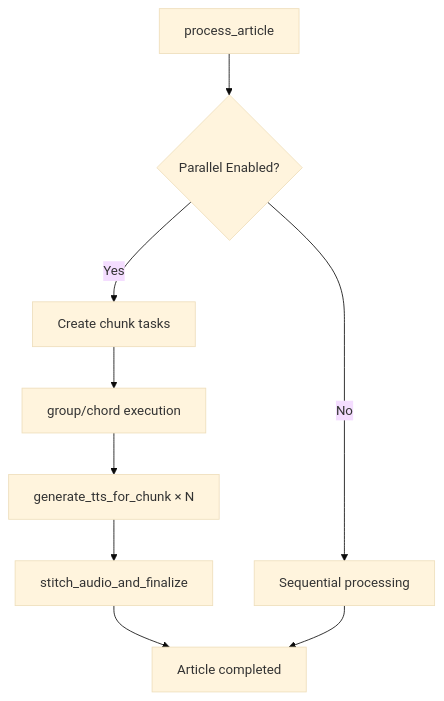
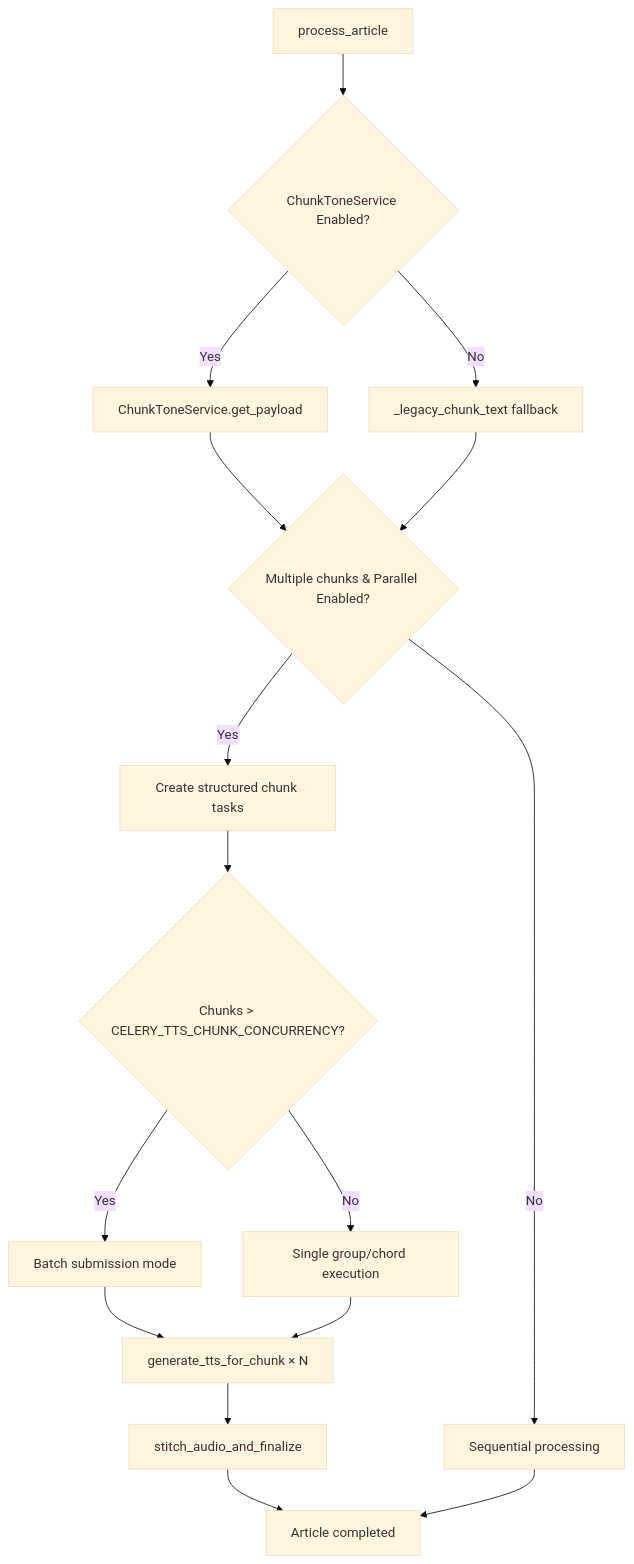
One commit to JM-Addington/RSS-TTS changed the diagram in PARALLEL_TTS_README.md. Above: the diagram before and after it, drawn with Mermaid (base theme). The commit also changed other lines of this file and 10 other files, not shown here.

First line of the commit message:
feat: address parallel TTS code review feedback

````diff
--- a/PARALLEL_TTS_README.md
+++ b/PARALLEL_TTS_README.md
@@ -28,11 +39,18 @@
 ```mermaid
 graph TD
-    A[process_article] --> B{Parallel Enabled?}
-    B -->|Yes| C[Create chunk tasks]
-    B -->|No| D[Sequential processing]
-    C --> E[group/chord execution]
-    E --> F[generate_tts_for_chunk × N]
-    F --> G[stitch_audio_and_finalize]
-    G --> H[Article completed]
-    D --> H
+    A[process_article] --> B{ChunkToneService Enabled?}
+    B -->|Yes| C[ChunkToneService.get_payload]
+    B -->|No| D[_legacy_chunk_text fallback]
+    C --> E{Multiple chunks & Parallel Enabled?}
+    D --> E
+    E -->|Yes| F[Create structured chunk tasks]
+    E -->|No| G[Sequential processing]
+    F --> H{Chunks > CELERY_TTS_CHUNK_CONCURRENCY?}
+    H -->|Yes| I[Batch submission mode]
+    H -->|No| J[Single group/chord execution]
+    I --> K[generate_tts_for_chunk × N]
+    J --> K
+    K --> L[stitch_audio_and_finalize]
+    L --> M[Article completed]
+    G --> M
 ```
````
